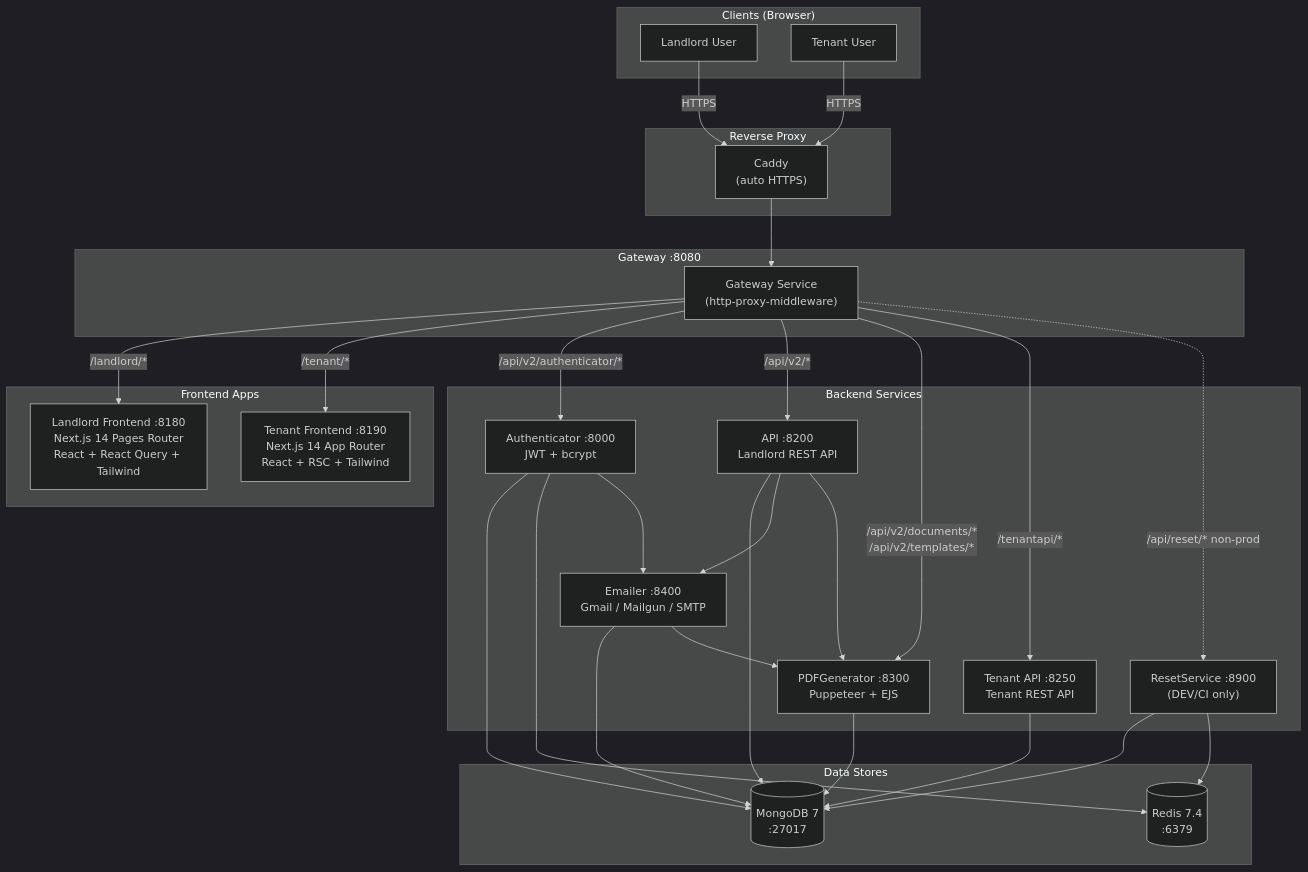
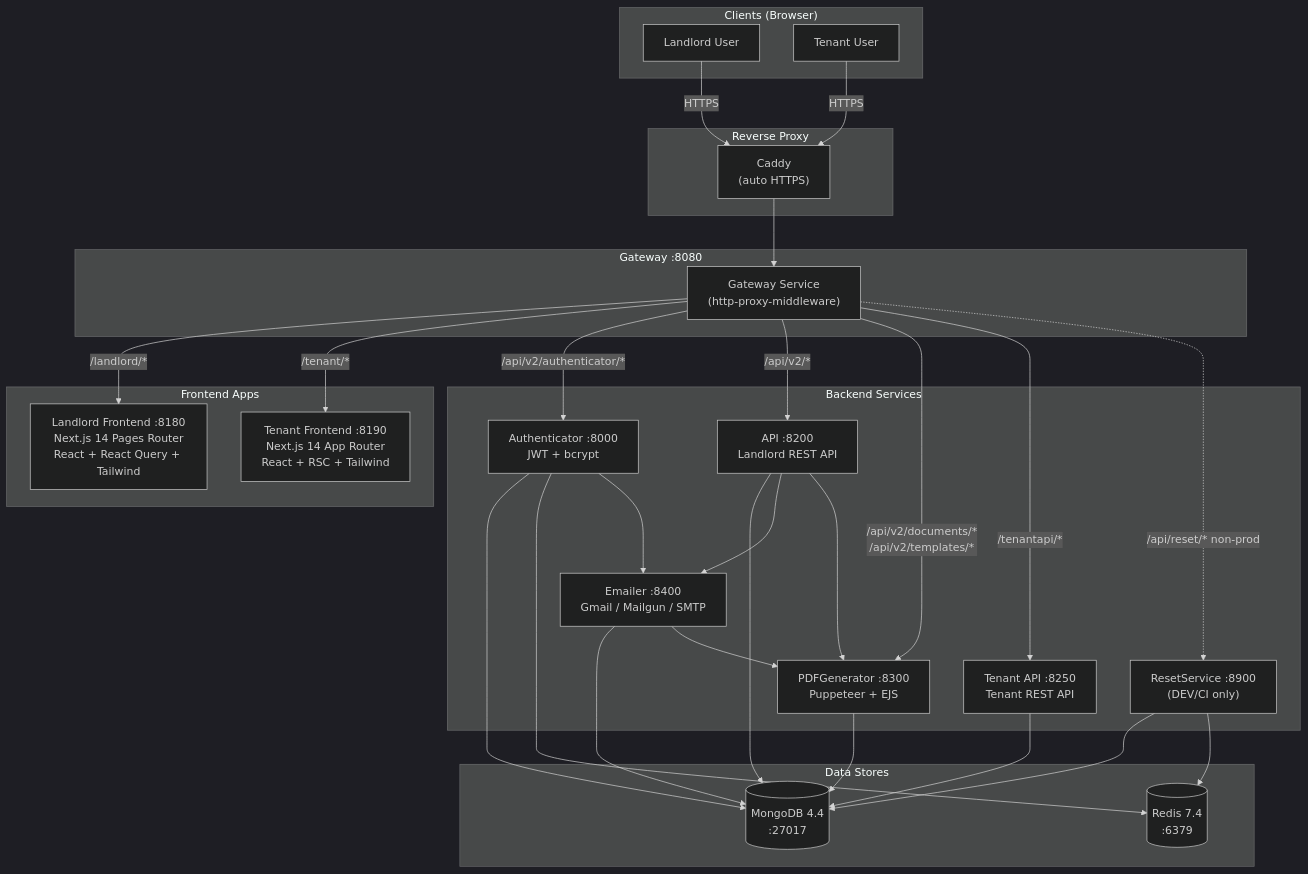
Before and after one commit to directorscut82/microrealestate: the first of 6 diagrams in .kiro/steering/architecture-diagrams.md, drawn with Mermaid (dark theme). The commit also changed other lines of this file and 14 other files, not shown here.

````diff
--- a/.kiro/steering/architecture-diagrams.md
+++ b/.kiro/steering/architecture-diagrams.md
@@ -9,59 +9,59 @@
 ```mermaid
 graph TB
     subgraph Clients["Clients (Browser)"]
         Landlord["Landlord User"]
         TenantUser["Tenant User"]
     end
 
     subgraph ReverseProxy["Reverse Proxy"]
         Caddy["Caddy<br/>(auto HTTPS)"]
     end
 
     subgraph Gateway["Gateway :8080"]
         GW["Gateway Service<br/>(http-proxy-middleware)"]
     end
 
     subgraph Frontends["Frontend Apps"]
         LF["Landlord Frontend :8180<br/>Next.js 14 Pages Router<br/>React + React Query + Tailwind"]
         TF["Tenant Frontend :8190<br/>Next.js 14 App Router<br/>React + RSC + Tailwind"]
     end
 
     subgraph BackendServices["Backend Services"]
         AUTH["Authenticator :8000<br/>JWT + bcrypt"]
         API["API :8200<br/>Landlord REST API"]
         TAPI["Tenant API :8250<br/>Tenant REST API"]
         EMAIL["Emailer :8400<br/>Gmail / Mailgun / SMTP"]
         PDF["PDFGenerator :8300<br/>Puppeteer + EJS"]
         RESET["ResetService :8900<br/>(DEV/CI only)"]
     end
 
     subgraph DataStores["Data Stores"]
-        MONGO[("MongoDB 7<br/>:27017")]
+        MONGO[("MongoDB 4.4<br/>:27017")]
         REDIS[("Redis 7.4<br/>:6379")]
     end
 
     Landlord -->|HTTPS| Caddy
     TenantUser -->|HTTPS| Caddy
     Caddy --> GW
 
     GW -->|/landlord/*| LF
     GW -->|/tenant/*| TF
     GW -->|/api/v2/authenticator/*| AUTH
     GW -->|/api/v2/*| API
     GW -->|/api/v2/documents/*<br/>/api/v2/templates/*| PDF
     GW -->|/tenantapi/*| TAPI
     GW -.->|/api/reset/* non-prod| RESET
 
     AUTH --> MONGO
     AUTH --> REDIS
     AUTH --> EMAIL
     API --> MONGO
     API --> EMAIL
     API --> PDF
     TAPI --> MONGO
     EMAIL --> MONGO
     EMAIL --> PDF
     PDF --> MONGO
     RESET --> MONGO
     RESET --> REDIS
 ```
````
